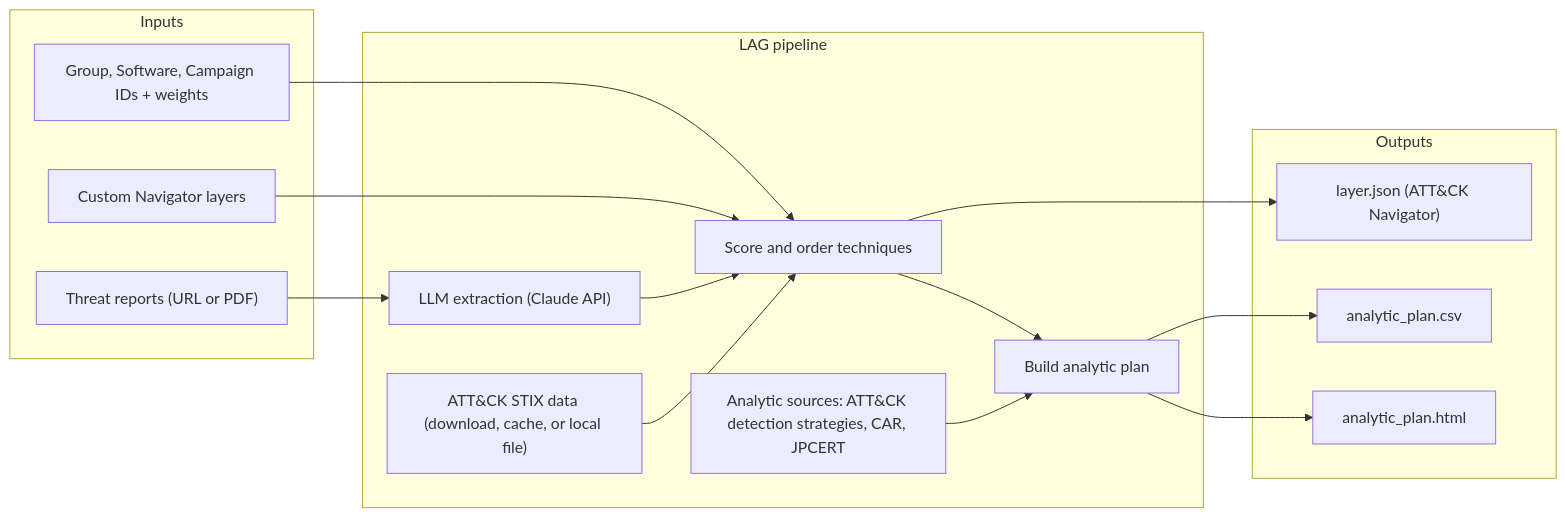
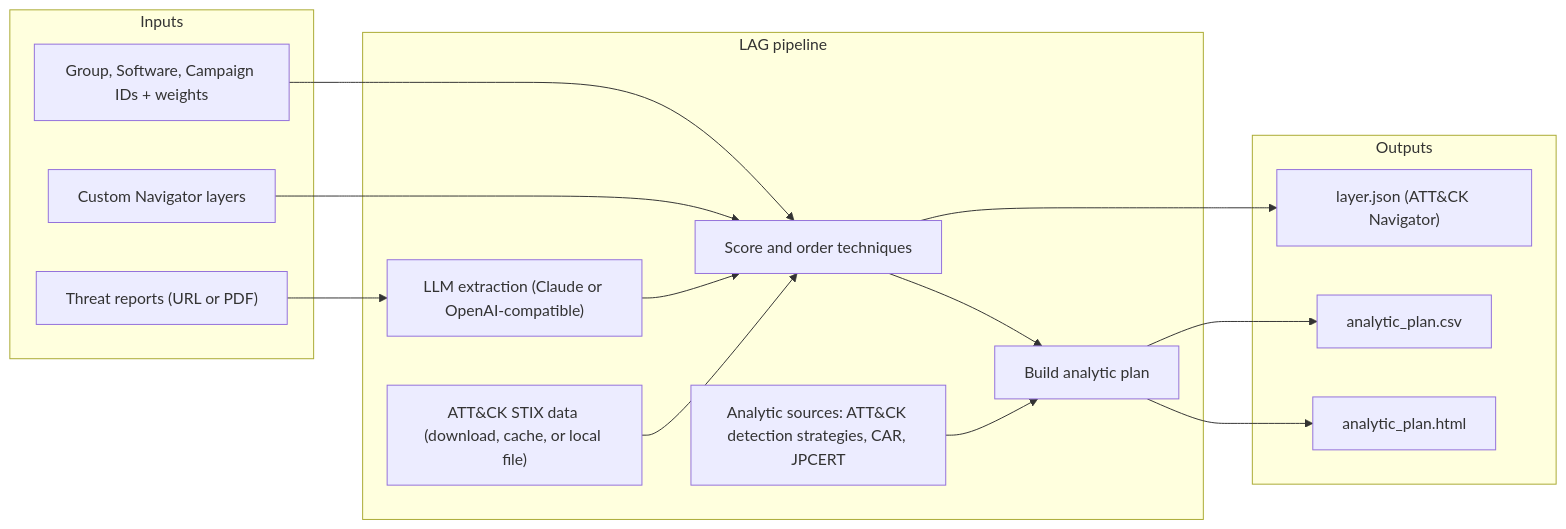
One commit to sko9370/Layer-Analytic-Generator changed the diagram in README.md. Above: the diagram before and after it, drawn with Mermaid. The commit also changed other lines of this file and 12 other files, not shown here.

First line of the commit message:
Support OpenAI and OpenAI-compatible APIs for report extraction

````diff
--- a/README.md
+++ b/README.md
@@ -9,29 +9,29 @@
 ```mermaid
 flowchart LR
     subgraph inputs["Inputs"]
         ids["Group, Software, Campaign IDs + weights"]
         custom["Custom Navigator layers"]
         reports["Threat reports (URL or PDF)"]
     end
     subgraph lag["LAG pipeline"]
         stix["ATT&CK STIX data (download, cache, or local file)"]
-        llm["LLM extraction (Claude API)"]
+        llm["LLM extraction (Claude or OpenAI-compatible)"]
         score["Score and order techniques"]
         analytics["Analytic sources: ATT&CK detection strategies, CAR, JPCERT"]
         plan["Build analytic plan"]
     end
     subgraph outputs["Outputs"]
         layer["layer.json (ATT&CK Navigator)"]
         csv["analytic_plan.csv"]
         html["analytic_plan.html"]
     end
     ids --> score
     custom --> score
     reports --> llm --> score
     stix --> score
     score --> layer
     score --> plan
     analytics --> plan
     plan --> csv
     plan --> html
 ```
````
